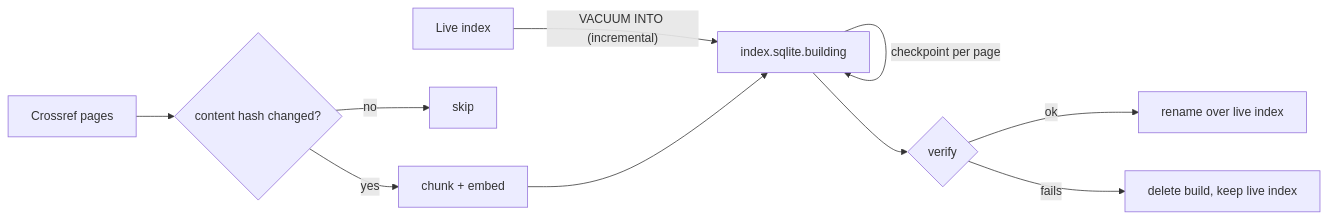
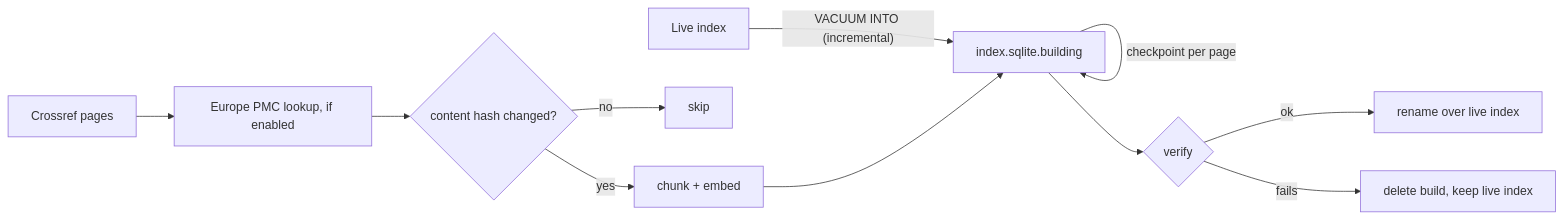
Before and after one commit to sami3ullah/scholarly_mcp: the diagram in docs/guides/ingestion.md, drawn with Mermaid. The commit also changed other lines of this file and 10 other files, not shown here.

First line of the commit message:
docs: europe pmc enrichment adr, guides and ticket status

````diff
--- a/docs/guides/ingestion.md
+++ b/docs/guides/ingestion.md
@@ -29,11 +47,11 @@
 ```mermaid
 flowchart LR
   A[Live index] -- "VACUUM INTO (incremental)" --> B[index.sqlite.building]
-  C[Crossref pages] --> D{content hash changed?}
+  C[Crossref pages] --> P[Europe PMC lookup, if enabled] --> D{content hash changed?}
   D -- no --> skip[skip]
   D -- yes --> E[chunk + embed] --> B
   B -- checkpoint per page --> B
   B --> F{verify}
   F -- ok --> G[rename over live index]
   F -- fails --> H[delete build, keep live index]
 ```
````
